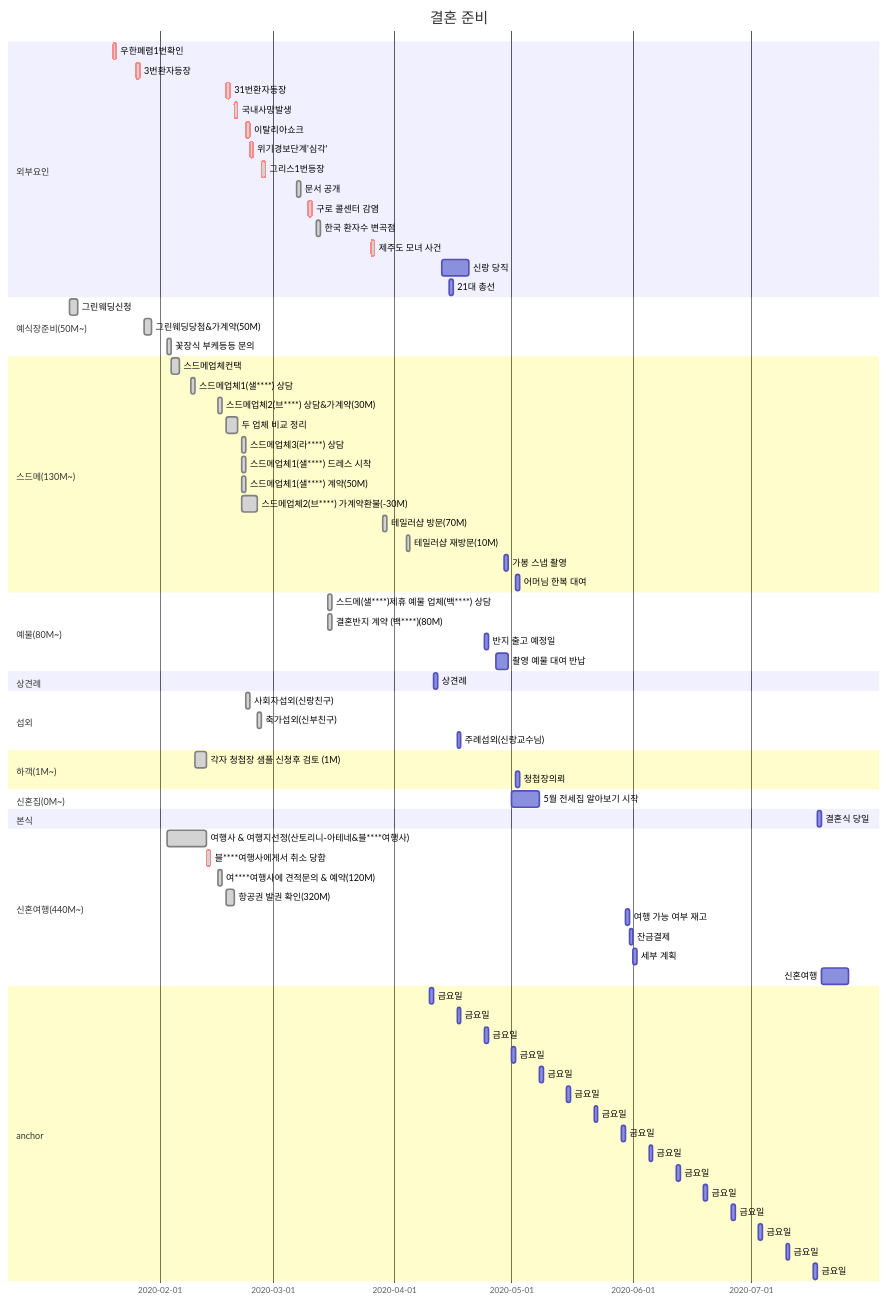
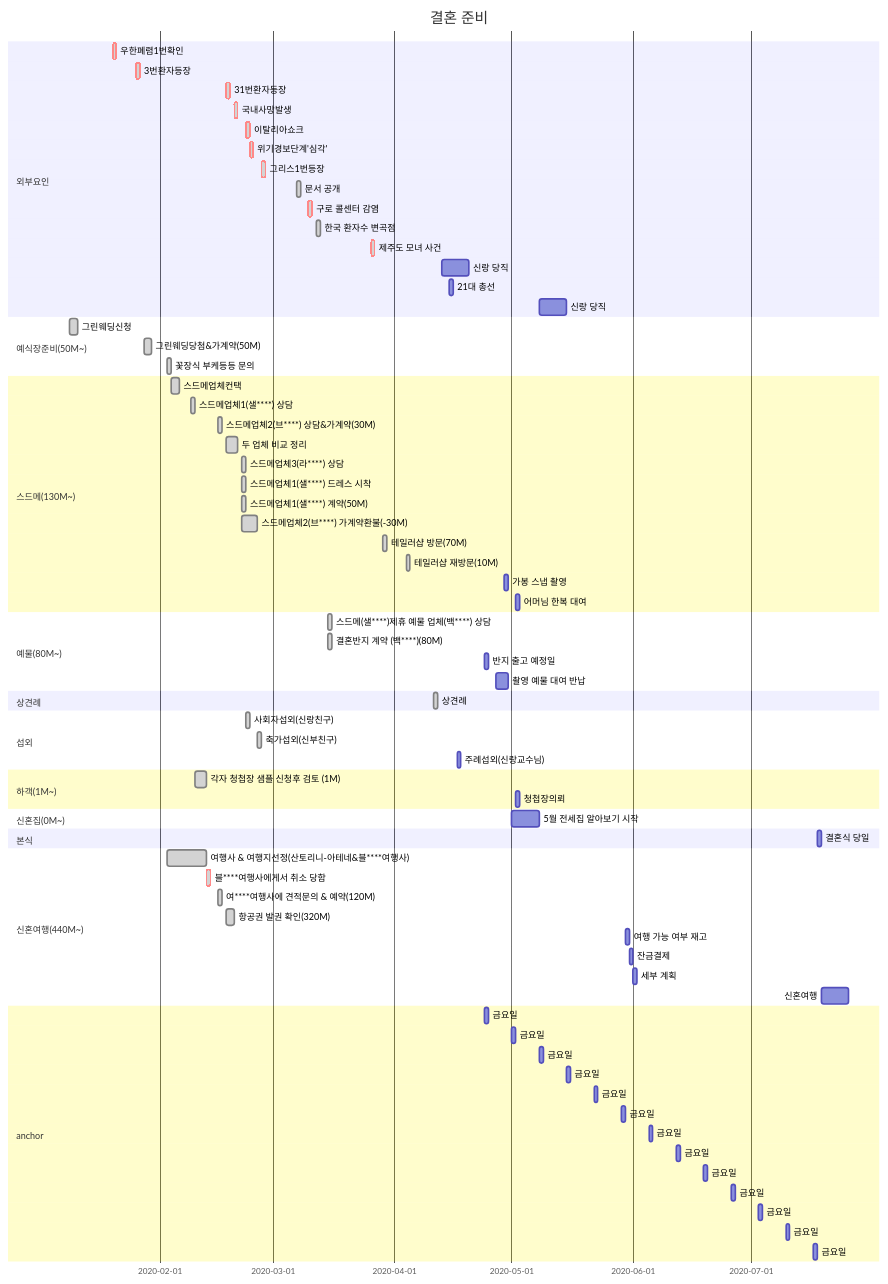
One commit to rino0601/hjk52knk changed the diagram in docs/_static/journal.mmd. Above: the diagram before and after it, drawn with Mermaid. The commit also changed 10 other files, not shown here.

```diff
--- a/docs/_static/journal.mmd
+++ b/docs/_static/journal.mmd
@@ -1,88 +1,87 @@
 gantt
   title 결혼 준비
   dateFormat  YYYY-MM-DD
 
   section 외부요인
     우한폐렴1번확인: done, crit, 2020-01-20, 1d
     3번환자등장: done, crit, 2020-01-26, 1d
     31번환자등장: done, crit, 2020-02-18, 1d
     국내사망발생: done, crit, 2020-02-20, 1d
     이탈리아쇼크: done, crit, 2020-02-23, 1d
     위기경보단계'심각': done, crit, 2020-02-24, 1d
     그리스1번등장: done, crit, 2020-02-27, 1d
     문서 공개: done, 2020-03-07, 1d
     구로 콜센터 감염: done, crit, 2020-03-10, 1d
     한국 환자수 변곡점: done, 2020-03-12, 1d
     제주도 모녀 사건: done, crit, 2020-03-26, 1d
     신랑 당직: 2020-04-13, 2020-04-20
     21대 총선: 2020-04-15, 1d
+    신랑 당직: 2020-05-08, 2020-05-15
 
   section 예식장준비(50M~)
     그린웨딩신청: done, 2020-01-09, 2d
     그린웨딩당첨&가계약(50M): done, 2020-01-28, 2d
     꽃장식 부케등등 문의: done, 2020-02-03, 1d
 
   section 스드메(130M~)
     스드메업체컨택: done, 2020-02-04, 2d
     스드메업체1(샐****) 상담: done, 2020-02-09, 1d
     스드메업체2(브****) 상담&가계약(30M): done, 2020-02-16, 1d
     두 업체 비교 정리: done, 2020-02-18, 2020-02-21
     스드메업체3(라****) 상담: done, 2020-02-22, 1d
     스드메업체1(샐****) 드레스 시착: done, 2020-02-22, 1d
     스드메업체1(샐****) 계약(50M): done, 2020-02-22, 1d
     스드메업체2(브****) 가계약환불(-30M): done, 2020-02-22, 2020-02-26
     테일러샵 방문(70M): done, 2020-03-29, 1d
     테일러샵 재방문(10M): done, 2020-04-04, 1d
     가봉 스냅 촬영: 2020-04-29, 1d
     어머님 한복 대여: 2020-05-02, 1d
 
   section 예물(80M~)
     스드메(샐****)제휴 예물 업체(백****) 상담: done, 2020-03-15, 1d
     결혼반지 계약 (백****)(80M): done, 2020-03-15, 1d
     반지 출고 예정일: 2020-04-24, 1d
     촬영 예물 대여 반납: 2020-04-27, 2020-04-30
 
   section 상견례
-    상견례: 2020-04-11, 1d
+    상견례: done, 2020-04-11, 1d
 
   section 섭외
     사회자섭외(신랑친구): done, 2020-02-23, 1d
     축가섭외(신부친구): done, 2020-02-26, 1d
     주례섭외(신랑교수님): 2020-04-17, 1d
 
   section 하객(1M~)
     각자 청첩장 샘플 신청후 검토 (1M): done, 2020-02-10, 2020-02-13
     청첩장의뢰                : after a11, 1d
 
   section 신혼집(0M~)
     5월 전세집 알아보기 시작: 2020-05-01, 7d
 
   section 본식
     결혼식 당일: dday, 2020-07-18  , 1d
 
   section 신혼여행(440M~)
     여행사 & 여행지선정(산토리니-아테네&블****여행사): done, 2020-02-03, 2020-02-13
     블****여행사에게서 취소 당함: done, crit, 2020-02-13, 1d
     여****여행사에 견적문의 & 예약(120M): done, 2020-02-16, 2020-02-17
     항공권 발권 확인(320M): done, 2020-02-18, 2020-02-20
     여행 가능 여부 재고: 2020-05-30, 1d
     잔금결제: 1d
     세부 계획: 1d
     신혼여행: 2020-07-19, 2020-07-26
 
   section anchor
-    금요일: a14, 2020-04-10, 1d
-    금요일: a13, 2020-04-17, 1d
     금요일: a12, 2020-04-24, 1d
     금요일: a11, 2020-05-01, 1d
     금요일: a10, 2020-05-08, 1d
     금요일: a9, 2020-05-15, 1d
     금요일: a8, 2020-05-22, 1d
     금요일: a7, 2020-05-29, 1d
     금요일: a6, 2020-06-05, 1d
     금요일: a5, 2020-06-12, 1d
     금요일: a4, 2020-06-19, 1d
     금요일: a3, 2020-06-26, 1d
     금요일: a2, 2020-07-03, 1d
     금요일: a1, 2020-07-10, 1d
     금요일: a0, 2020-07-17, 1d
```
